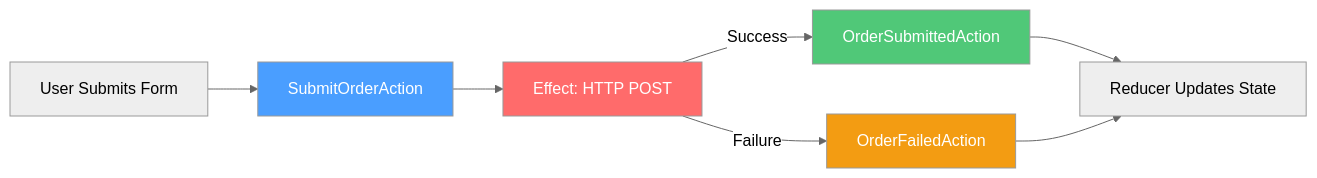
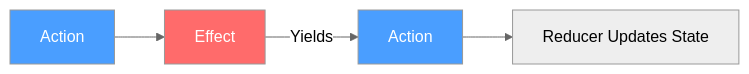
Before and after one commit to Gibbs-Morris/mississippi: the second of 2 diagrams in docs/Docusaurus/docs/client-state-management/actions.md, drawn with Mermaid (neutral theme). The commit also changed other lines of this file, not shown here.

````diff
--- a/docs/Docusaurus/docs/client-state-management/actions.md
+++ b/docs/Docusaurus/docs/client-state-management/actions.md
@@ -130,14 +109,10 @@
 ```mermaid
 flowchart LR
-    U[User Submits Form] --> A[SubmitOrderAction]
-    A --> E[Effect: HTTP POST]
-    E -->|Success| S[OrderSubmittedAction]
-    E -->|Failure| F[OrderFailedAction]
-    S --> R[Reducer Updates State]
-    F --> R
+    A[Action] --> E[Effect]
+    E -->|Yields| A2[Action]
+    A2 --> R[Reducer Updates State]
     
     style A fill:#4a9eff,color:#fff
     style E fill:#ff6b6b,color:#fff
-    style S fill:#50c878,color:#fff
-    style F fill:#f39c12,color:#fff
+    style A2 fill:#4a9eff,color:#fff
 ```
````
